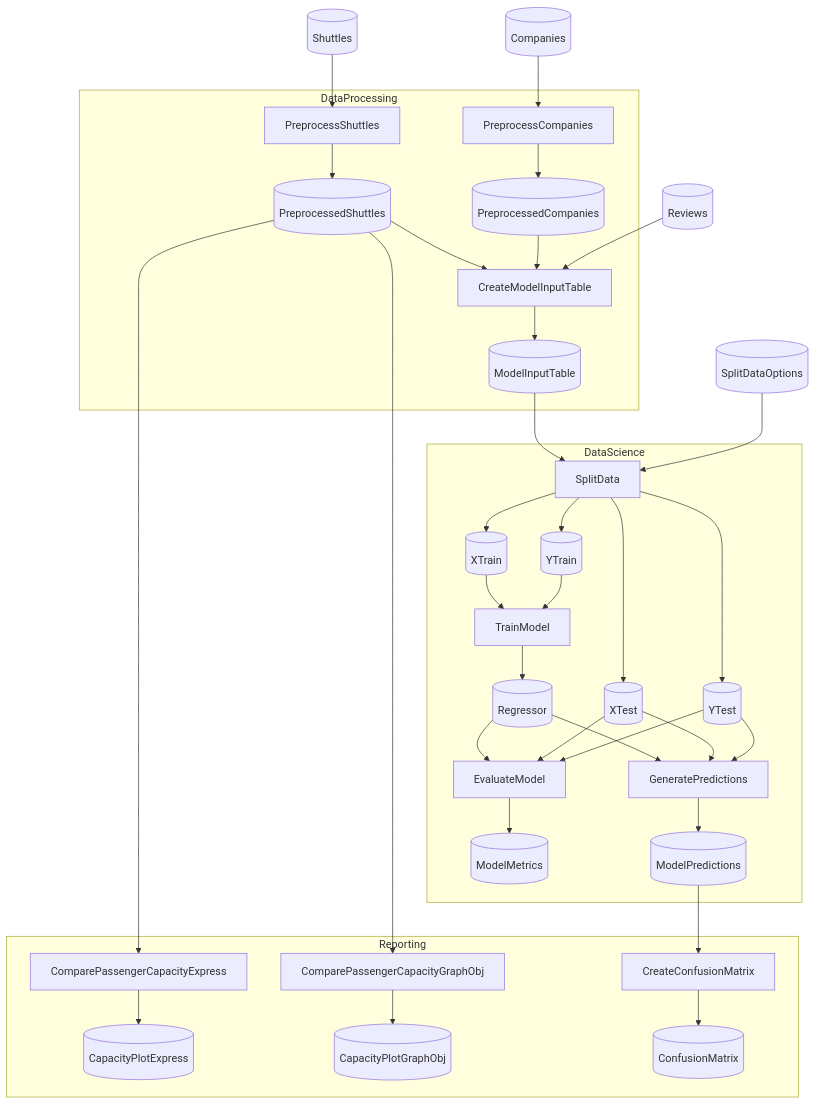
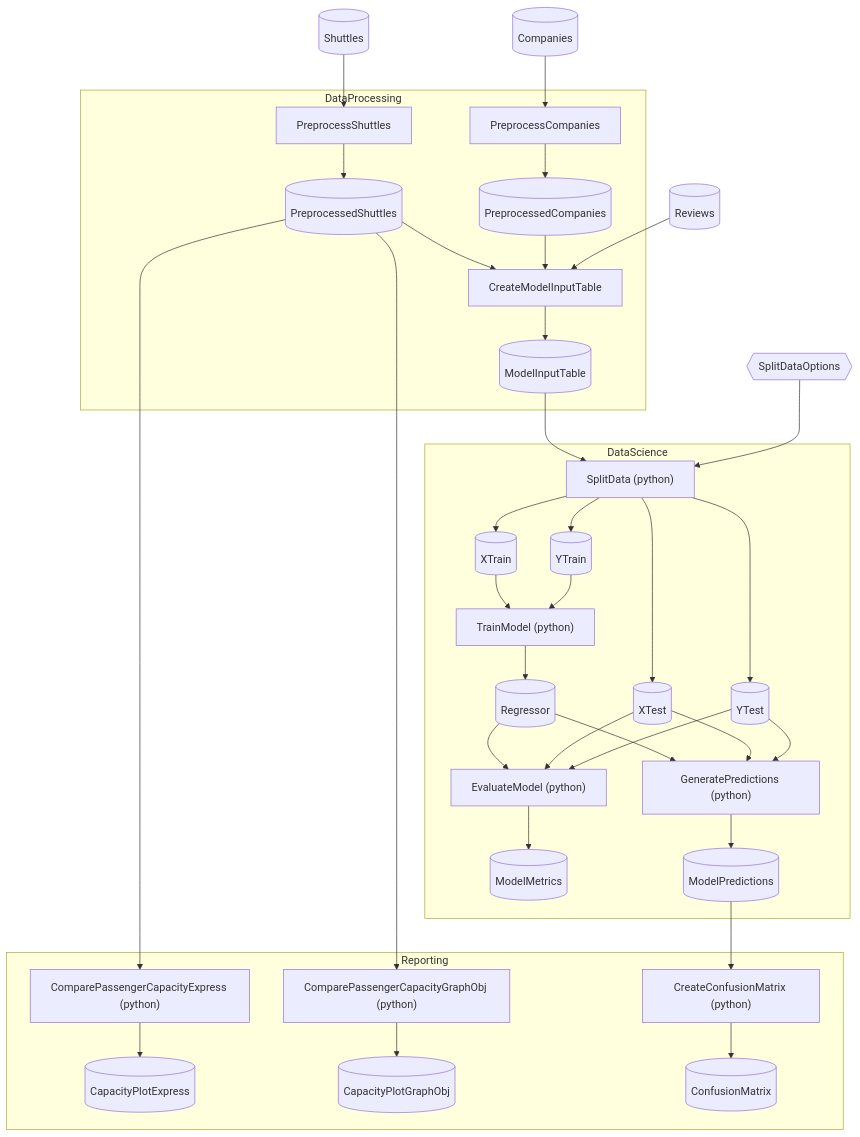
Before and after one commit to chaoticgoodcomputing/flowthru: the diagram in examples/advanced/SpaceflightsPythonEFCore/README.md, drawn with Mermaid. The commit also changed 16 other files, not shown here.

Commit message:
docs: update README examples with new mermaid output

````diff
--- a/examples/advanced/SpaceflightsPythonEFCore/README.md
+++ b/examples/advanced/SpaceflightsPythonEFCore/README.md
@@ -40,75 +40,75 @@
 ```mermaid
 flowchart TB
 
     %% External Data Inputs
     Companies[("Companies")]
     Reviews[("Reviews")]
     Shuttles[("Shuttles")]
-    SplitDataOptions[("SplitDataOptions")]
+    SplitDataOptions{{"SplitDataOptions"}}
 
     subgraph DataProcessing["DataProcessing"]
         PreprocessCompanies["PreprocessCompanies"]
         PreprocessedCompanies[("PreprocessedCompanies")]
         PreprocessShuttles["PreprocessShuttles"]
         PreprocessedShuttles[("PreprocessedShuttles")]
         CreateModelInputTable["CreateModelInputTable"]
         ModelInputTable[("ModelInputTable")]
     end
 
     subgraph DataScience["DataScience"]
-        SplitData["SplitData"]
+        SplitData["SplitData (python)"]
         XTrain[("XTrain")]
         XTest[("XTest")]
         YTrain[("YTrain")]
         YTest[("YTest")]
-        TrainModel["TrainModel"]
+        TrainModel["TrainModel (python)"]
         Regressor[("Regressor")]
-        EvaluateModel["EvaluateModel"]
+        EvaluateModel["EvaluateModel (python)"]
         ModelMetrics[("ModelMetrics")]
-        GeneratePredictions["GeneratePredictions"]
+        GeneratePredictions["GeneratePredictions (python)"]
         ModelPredictions[("ModelPredictions")]
     end
 
     subgraph Reporting["Reporting"]
-        ComparePassengerCapacityExpress["ComparePassengerCapacityExpress"]
+        ComparePassengerCapacityExpress["ComparePassengerCapacityExpress (python)"]
         CapacityPlotExpress[("CapacityPlotExpress")]
-        ComparePassengerCapacityGraphObj["ComparePassengerCapacityGraphObj"]
+        ComparePassengerCapacityGraphObj["ComparePassengerCapacityGraphObj (python)"]
         CapacityPlotGraphObj[("CapacityPlotGraphObj")]
-        CreateConfusionMatrix["CreateConfusionMatrix"]
+        CreateConfusionMatrix["CreateConfusionMatrix (python)"]
         ConfusionMatrix[("ConfusionMatrix")]
     end
 
     %% Edges
     Companies --> PreprocessCompanies
     PreprocessCompanies --> PreprocessedCompanies
     Shuttles --> PreprocessShuttles
     PreprocessShuttles --> PreprocessedShuttles
     PreprocessedShuttles --> CreateModelInputTable
     PreprocessedCompanies --> CreateModelInputTable
     Reviews --> CreateModelInputTable
     CreateModelInputTable --> ModelInputTable
     PreprocessedShuttles --> ComparePassengerCapacityExpress
     ComparePassengerCapacityExpress --> CapacityPlotExpress
     PreprocessedShuttles --> ComparePassengerCapacityGraphObj
     ComparePassengerCapacityGraphObj --> CapacityPlotGraphObj
     ModelInputTable --> SplitData
     SplitDataOptions --> SplitData
     SplitData --> XTrain
     SplitData --> XTest
     SplitData --> YTrain
     SplitData --> YTest
     XTrain --> TrainModel
     YTrain --> TrainModel
     TrainModel --> Regressor
     Regressor --> EvaluateModel
     XTest --> EvaluateModel
     YTest --> EvaluateModel
     EvaluateModel --> ModelMetrics
     Regressor --> GeneratePredictions
     XTest --> GeneratePredictions
     YTest --> GeneratePredictions
     GeneratePredictions --> ModelPredictions
     ModelPredictions --> CreateConfusionMatrix
     CreateConfusionMatrix --> ConfusionMatrix
 
 ```
````
